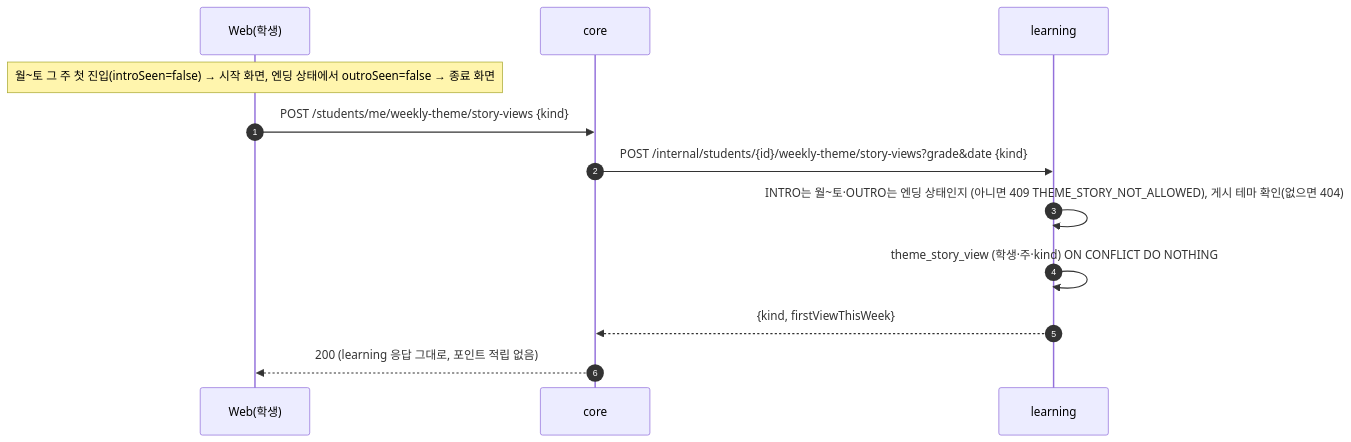
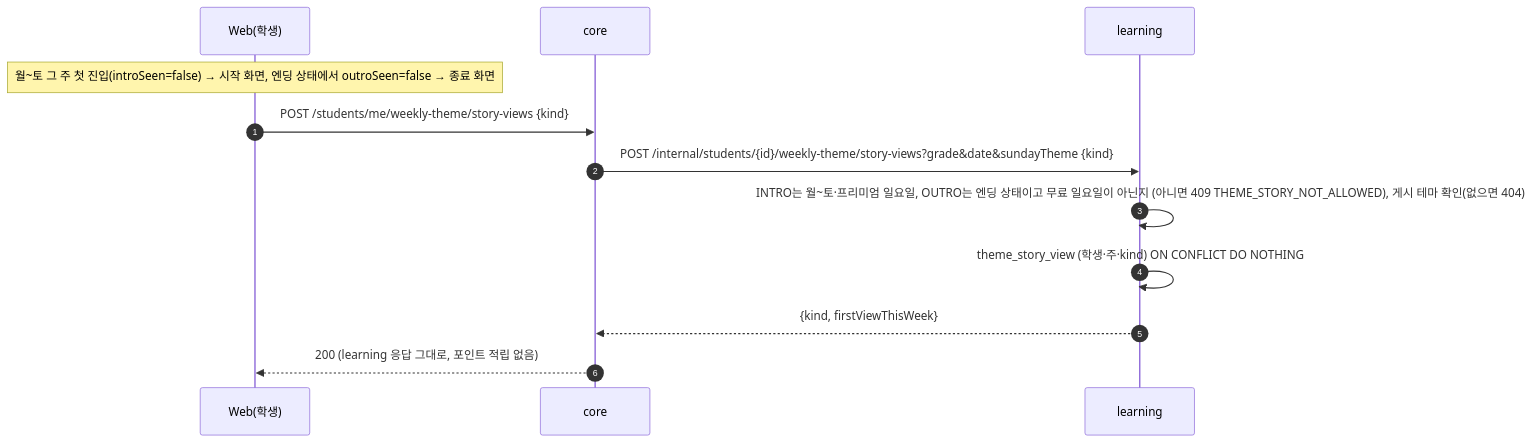
Before and after one commit to SKNETWORKS-FAMILY-AICAMP/SKN34-FINAL-3TEAM: diagram 20 of 38 in docs/design/sequence-diagram.md, drawn with Mermaid. The commit also changed other lines of this file and 9 other files, not shown here.

````diff
--- a/docs/design/sequence-diagram.md
+++ b/docs/design/sequence-diagram.md
@@ -790,15 +791,15 @@
 ```mermaid
 sequenceDiagram
   autonumber
   participant W as Web(학생)
   participant C as core
   participant L as learning
 
   Note over W: 월~토 그 주 첫 진입(introSeen=false) → 시작 화면, 엔딩 상태에서 outroSeen=false → 종료 화면
   W->>C: POST /students/me/weekly-theme/story-views {kind}
-  C->>L: POST /internal/students/{id}/weekly-theme/story-views?grade&date {kind}
-  L->>L: INTRO는 월~토·OUTRO는 엔딩 상태인지 (아니면 409 THEME_STORY_NOT_ALLOWED), 게시 테마 확인(없으면 404)
+  C->>L: POST /internal/students/{id}/weekly-theme/story-views?grade&date&sundayTheme {kind}
+  L->>L: INTRO는 월~토·프리미엄 일요일, OUTRO는 엔딩 상태이고 무료 일요일이 아닌지 (아니면 409 THEME_STORY_NOT_ALLOWED), 게시 테마 확인(없으면 404)
   L->>L: theme_story_view (학생·주·kind) ON CONFLICT DO NOTHING
   L-->>C: {kind, firstViewThisWeek}
   C-->>W: 200 (learning 응답 그대로, 포인트 적립 없음)
 ```
````
